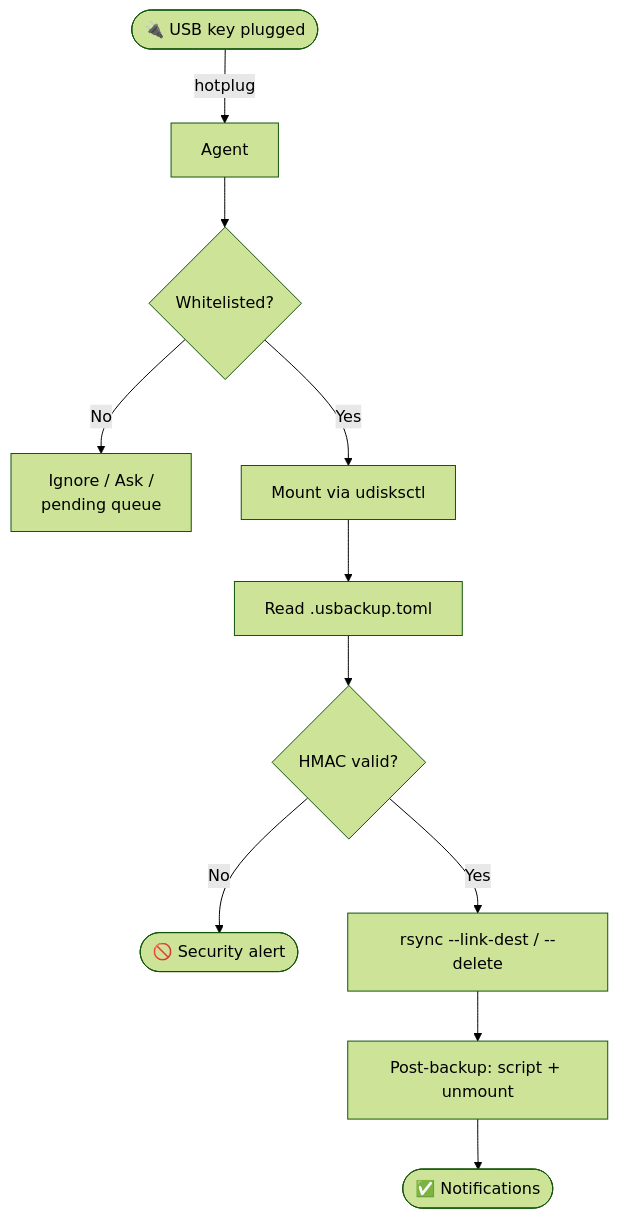
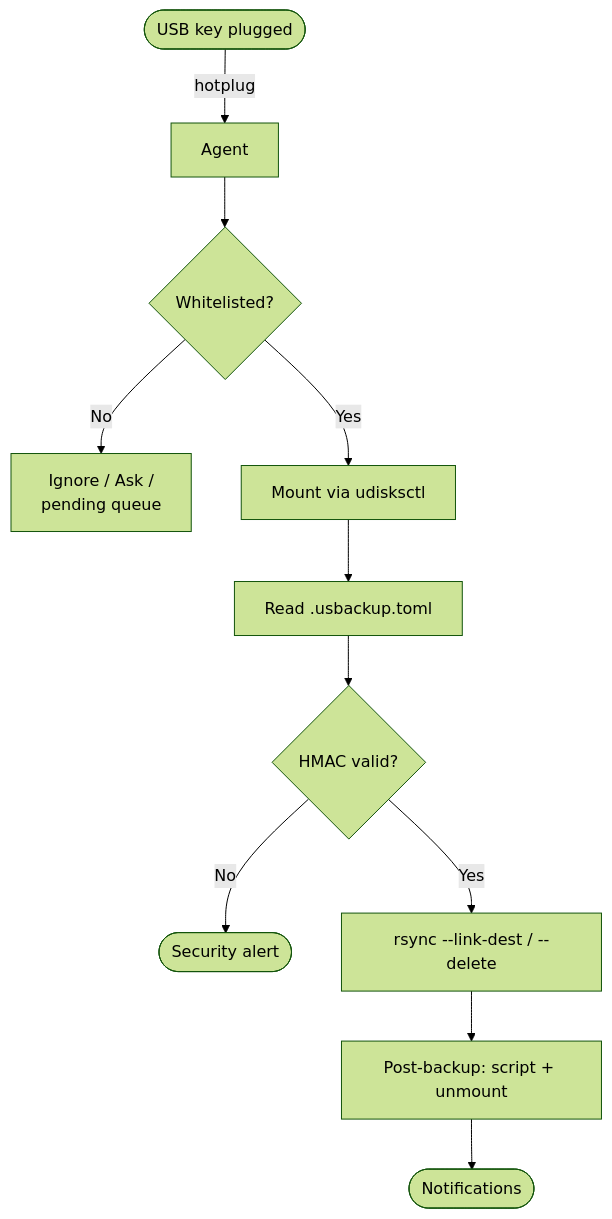
The diagram in README.md (YoannDev90/USBackup), drawn with Mermaid (forest theme) before and after one commit.

Commit message:
docs: remove emojis from README

````diff
--- a/README.md
+++ b/README.md
@@ -84,13 +84,13 @@
 ```mermaid
 flowchart TB
-    A([🔌 USB key plugged]) -->|hotplug| B[Agent]
+    A([USB key plugged]) -->|hotplug| B[Agent]
     B --> C{Whitelisted?}
     C -->|No| D[Ignore / Ask /<br/>pending queue]
     C -->|Yes| E[Mount via udisksctl]
     E --> F[Read .usbackup.toml]
     F --> G{HMAC valid?}
-    G -->|No| H([🚫 Security alert])
+    G -->|No| H([Security alert])
     G -->|Yes| I[rsync --link-dest / --delete]
     I --> J[Post-backup: script + unmount]
-    J --> K([✅ Notifications])
+    J --> K([Notifications])
 ```
````
